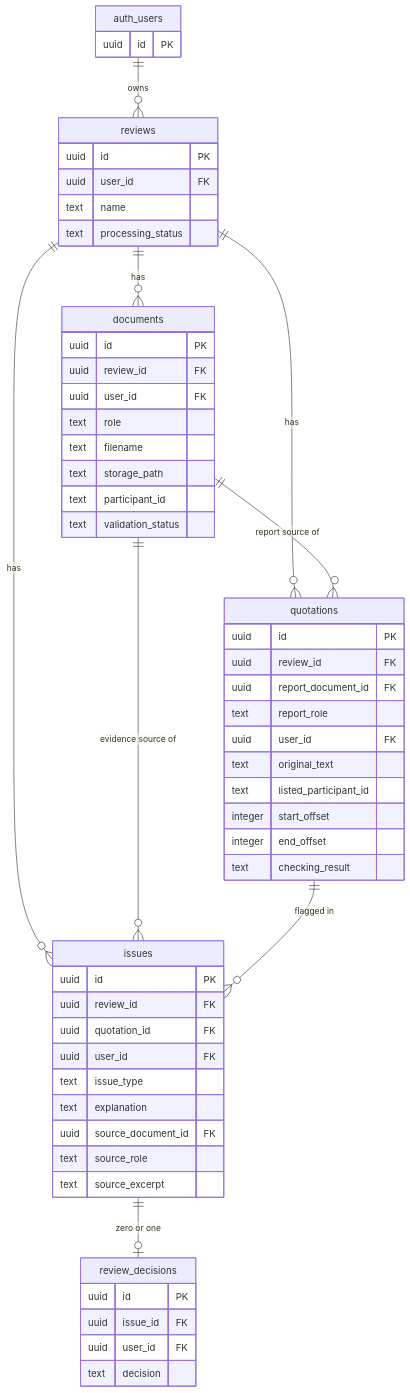
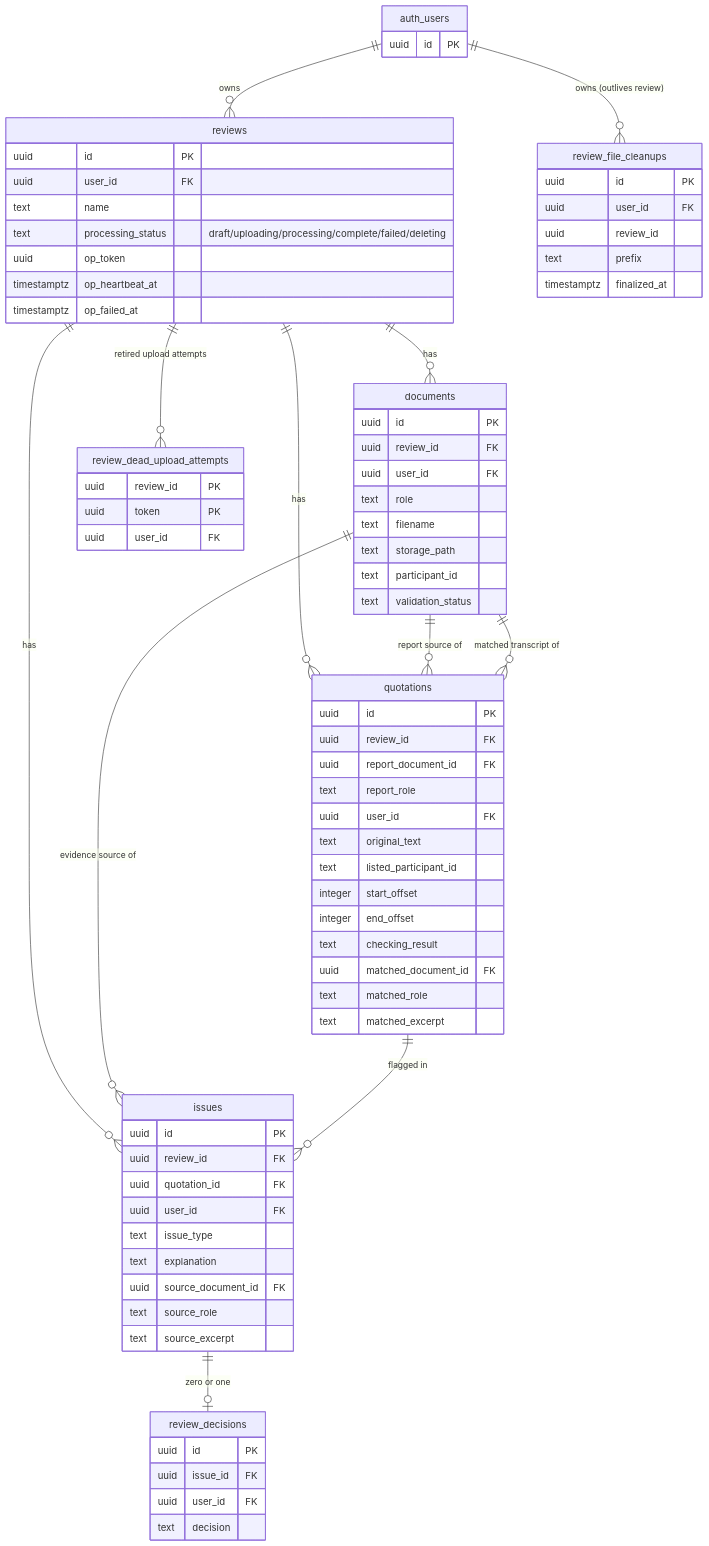
Before and after one commit to mariagutin/research-quality-auditor: the diagram in docs/database-diagram.md, drawn with Mermaid. The commit also changed other lines of this file and 12 other files, not shown here.

Commit message:
Fix rejected-upload cleanup and review action gating.

````diff
--- a/docs/database-diagram.md
+++ b/docs/database-diagram.md
@@ -16,60 +27,81 @@
 ```mermaid
 erDiagram
     auth_users ||--o{ reviews : owns
+    auth_users ||--o{ review_file_cleanups : "owns (outlives review)"
     reviews ||--o{ documents : has
     reviews ||--o{ quotations : has
     reviews ||--o{ issues : has
+    reviews ||--o{ review_dead_upload_attempts : "retired upload attempts"
     documents ||--o{ quotations : "report source of"
+    documents ||--o{ quotations : "matched transcript of"
     documents ||--o{ issues : "evidence source of"
     quotations ||--o{ issues : "flagged in"
     issues ||--o| review_decisions : "zero or one"
 
     auth_users {
       uuid id PK
     }
     reviews {
       uuid id PK
       uuid user_id FK
       text name
-      text processing_status
+      text processing_status "draft/uploading/processing/complete/failed/deleting"
+      uuid op_token
+      timestamptz op_heartbeat_at
+      timestamptz op_failed_at
     }
     documents {
       uuid id PK
       uuid review_id FK
       uuid user_id FK
       text role
       text filename
       text storage_path
       text participant_id
       text validation_status
     }
     quotations {
       uuid id PK
       uuid review_id FK
       uuid report_document_id FK
       text report_role
       uuid user_id FK
       text original_text
       text listed_participant_id
       integer start_offset
       integer end_offset
       text checking_result
+      uuid matched_document_id FK
+      text matched_role
+      text matched_excerpt
     }
     issues {
       uuid id PK
       uuid review_id FK
       uuid quotation_id FK
       uuid user_id FK
       text issue_type
       text explanation
       uuid source_document_id FK
       text source_role
       text source_excerpt
     }
     review_decisions {
       uuid id PK
       uuid issue_id FK
       uuid user_id FK
       text decision
     }
+    review_dead_upload_attempts {
+      uuid review_id PK
+      uuid token PK
+      uuid user_id FK
+    }
+    review_file_cleanups {
+      uuid id PK
+      uuid user_id FK
+      uuid review_id
+      text prefix
+      timestamptz finalized_at
+    }
 ```
````
